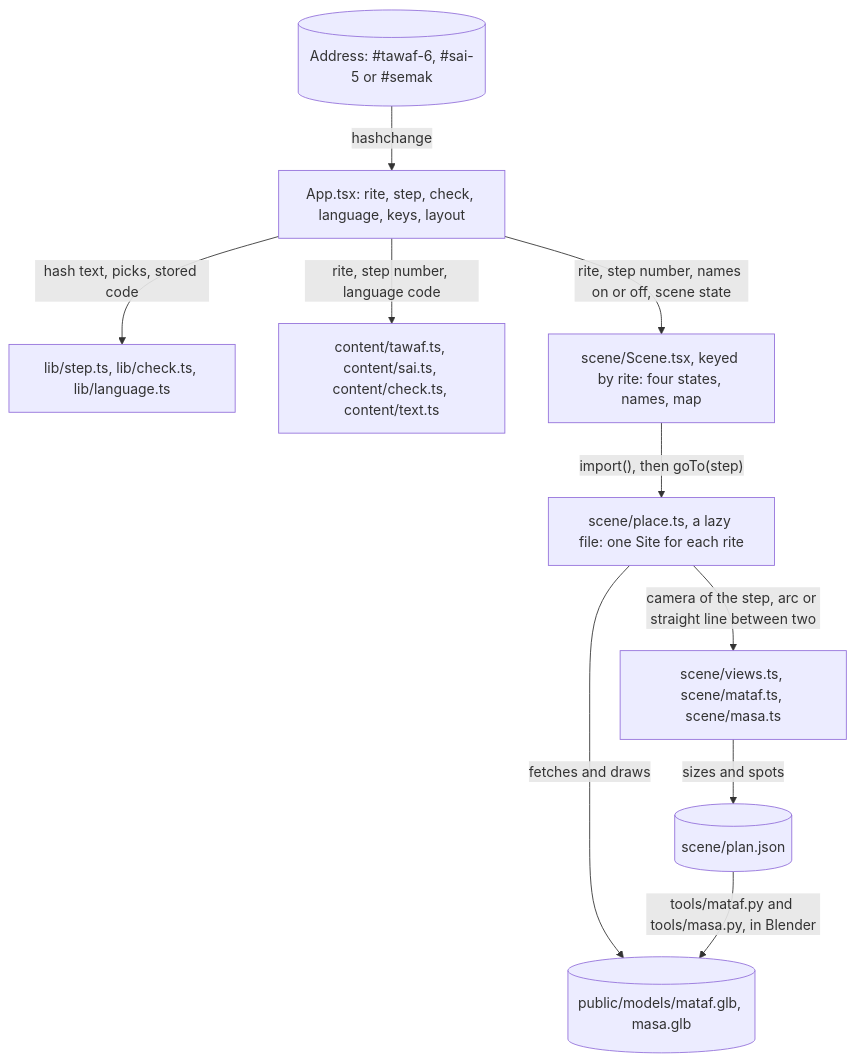
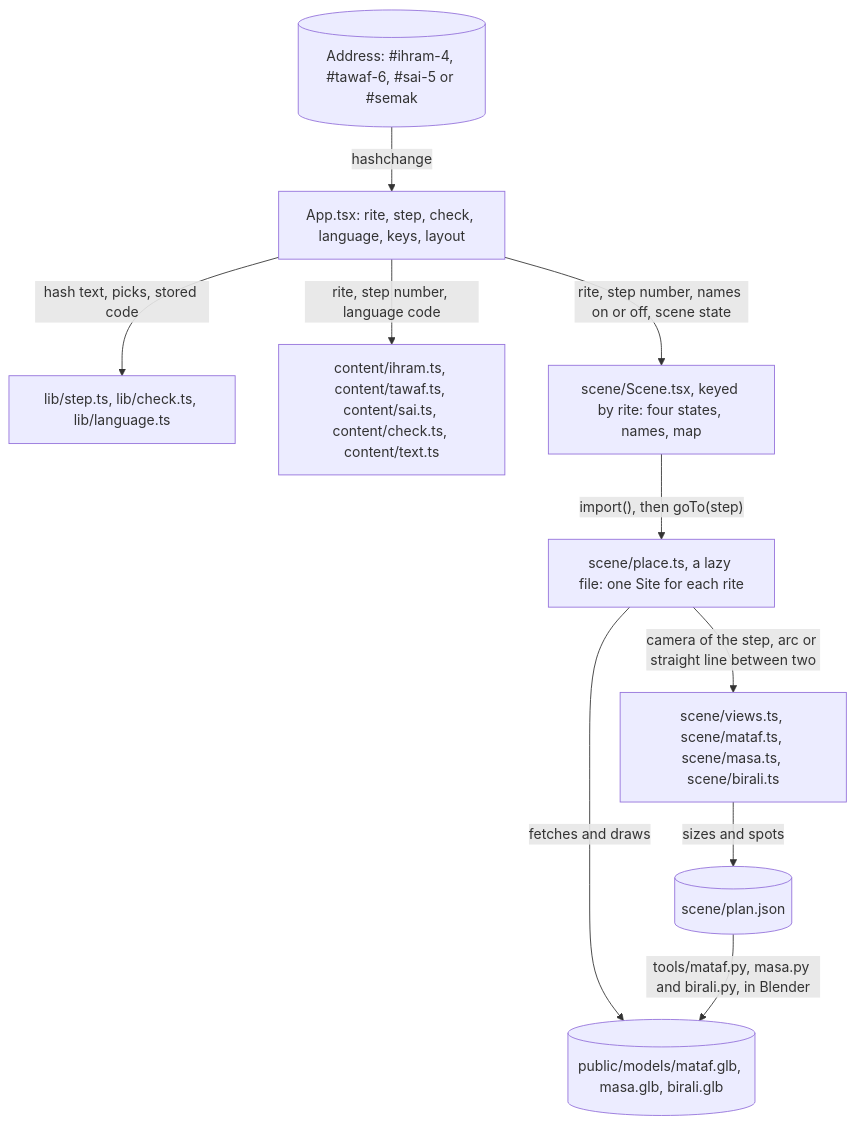
The second of 2 diagrams in docs/ARCHITECTURE.md (dzaffren/isfar), drawn with Mermaid before and after one commit. The commit also changed other lines of this file and 31 other files, not shown here.

````diff
--- a/docs/ARCHITECTURE.md
+++ b/docs/ARCHITECTURE.md
@@ -16,21 +16,21 @@
 ```mermaid
 flowchart TB
-    HASH[("Address: #tawaf-6, #sai-5 or #semak")]
+    HASH[("Address: #ihram-4, #tawaf-6, #sai-5 or #semak")]
     APP["App.tsx: rite, step, check, language, keys, layout"]
     LIB["lib/step.ts, lib/check.ts, lib/language.ts"]
-    TEXT["content/tawaf.ts, content/sai.ts, content/check.ts, content/text.ts"]
+    TEXT["content/ihram.ts, content/tawaf.ts, content/sai.ts, content/check.ts, content/text.ts"]
     SCENE["scene/Scene.tsx, keyed by rite: four states, names, map"]
     PLACE["scene/place.ts, a lazy file: one Site for each rite"]
-    VIEWS["scene/views.ts, scene/mataf.ts, scene/masa.ts"]
+    VIEWS["scene/views.ts, scene/mataf.ts, scene/masa.ts, scene/birali.ts"]
     PLAN[("scene/plan.json")]
-    GLB[("public/models/mataf.glb, masa.glb")]
+    GLB[("public/models/mataf.glb, masa.glb, birali.glb")]
     HASH -- "hashchange" --> APP
     APP -- "hash text, picks, stored code" --> LIB
     APP -- "rite, step number, language code" --> TEXT
     APP -- "rite, step number, names on or off, scene state" --> SCENE
     SCENE -- "import(), then goTo(step)" --> PLACE
     PLACE -- "camera of the step, arc or straight line between two" --> VIEWS
     VIEWS -- "sizes and spots" --> PLAN
     PLACE -- "fetches and draws" --> GLB
-    PLAN -- "tools/mataf.py and tools/masa.py, in Blender" --> GLB
+    PLAN -- "tools/mataf.py, masa.py and birali.py, in Blender" --> GLB
 ```
````
